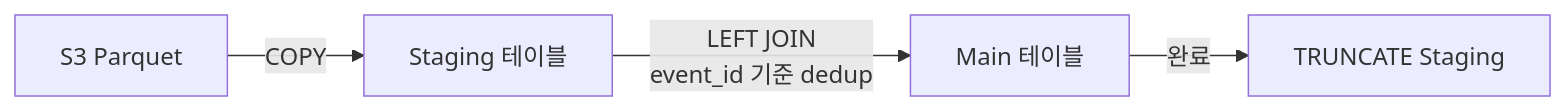
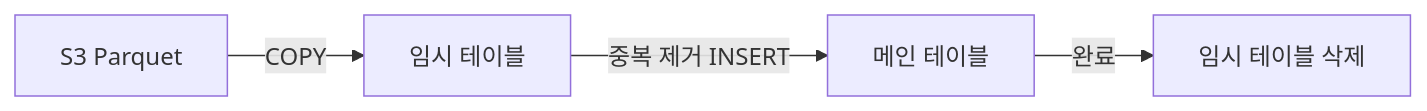
The second of 4 diagrams in portfolio/projects/data-pipeline-firehose/index.md (banggeunho/banggeunho), drawn with Mermaid before and after one commit. The commit also changed other lines of this file, not shown here.

````diff
--- a/portfolio/projects/data-pipeline-firehose/index.md
+++ b/portfolio/projects/data-pipeline-firehose/index.md
@@ -369,6 +207,6 @@
 ```mermaid
-graph LR
-    A["S3 Parquet"] -->|COPY| B["Staging 테이블"]
-    B -->|"LEFT JOIN<br/>event_id 기준 dedup"| C["Main 테이블"]
-    C -->|완료| D["TRUNCATE Staging"]
+flowchart LR
+    A["S3 Parquet"] -->|COPY| B["임시 테이블"]
+    B -->|"중복 제거 INSERT"| C["메인 테이블"]
+    C -->|완료| D["임시 테이블 삭제"]
 ```
````
